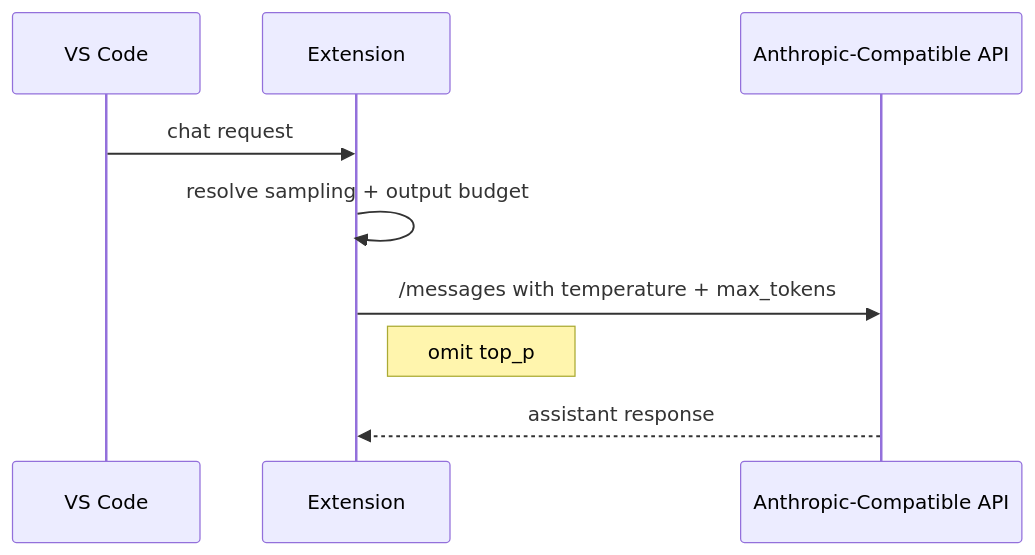
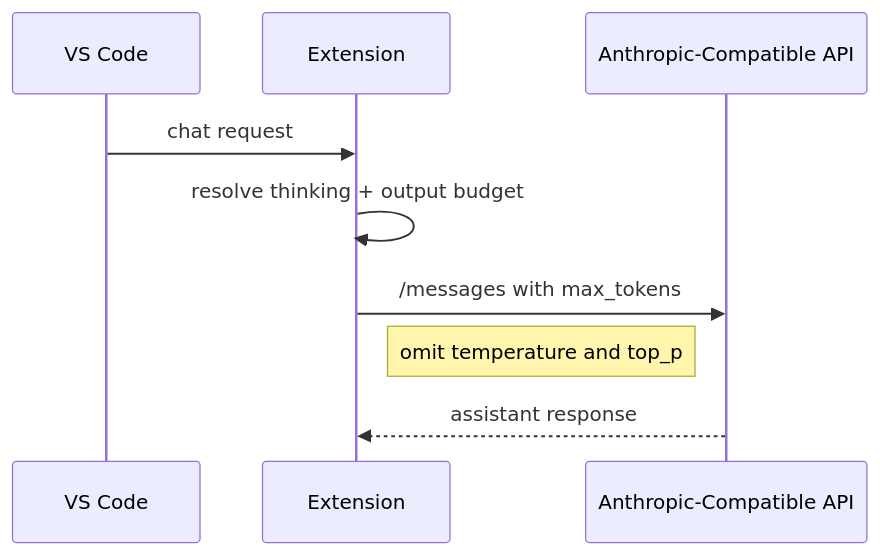
Before and after one commit to CrazyForks/coding-plans-for-copilot: the diagram in docs/anthropic-sampling-compatibility.md, drawn with Mermaid. The commit also changed other lines of this file and 24 other files, not shown here.

````diff
--- a/docs/anthropic-sampling-compatibility.md
+++ b/docs/anthropic-sampling-compatibility.md
@@ -13,12 +13,12 @@
 ```mermaid
 sequenceDiagram
   participant VSCode as VS Code
   participant Ext as Extension
   participant Upstream as Anthropic-Compatible API
 
   VSCode->>Ext: chat request
-  Ext->>Ext: resolve sampling + output budget
-  Ext->>Upstream: /messages with temperature + max_tokens
-  Note right of Ext: omit top_p
+  Ext->>Ext: resolve thinking + output budget
+  Ext->>Upstream: /messages with max_tokens
+  Note right of Ext: omit temperature and top_p
   Upstream-->>Ext: assistant response
 ```
````
